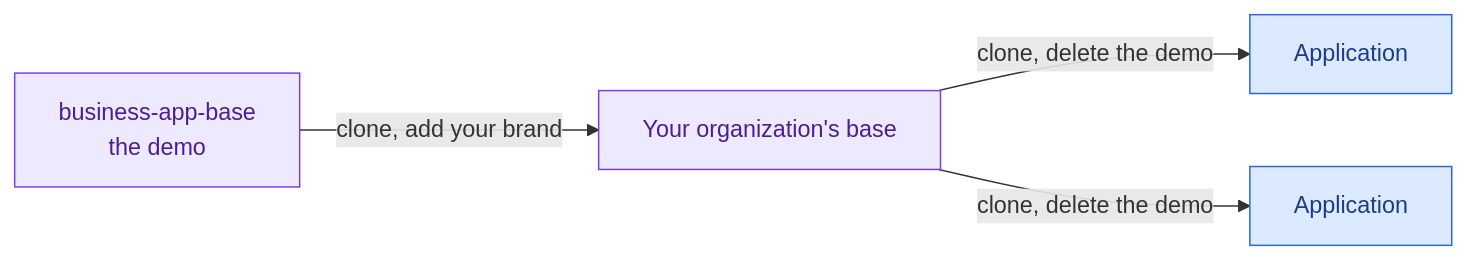
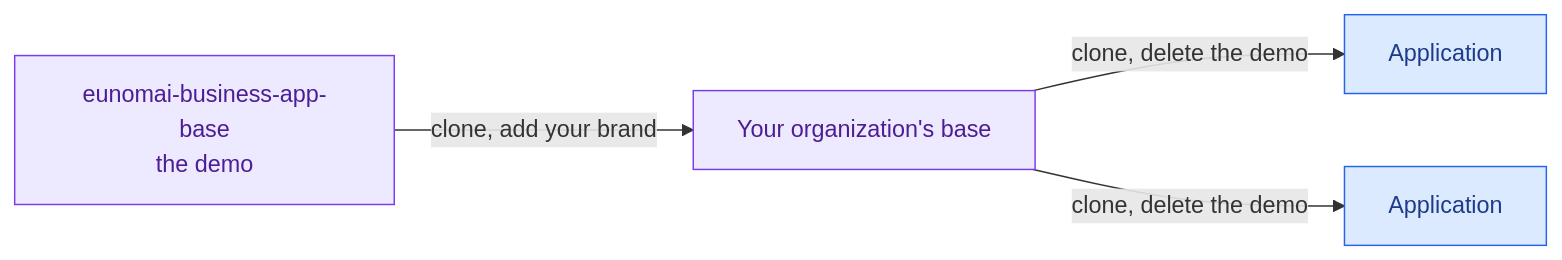
Before and after one commit to grojof/eunomai-business-app-base: the diagram in README.md, drawn with Mermaid. The commit also changed other lines of this file and 17 other files, not shown here.

Commit message:
Renamed eunomai-business-app-base: the application base of eunomai-business (#22)

````diff
--- a/README.md
+++ b/README.md
@@ -13,10 +13,10 @@
 ```mermaid
 flowchart LR
-    b[business-app-base<br/>the demo] -->|clone, add your brand| o[Your organization's base]
+    b[eunomai-business-app-base<br/>the demo] -->|clone, add your brand| o[Your organization's base]
     o -->|clone, delete the demo| a[Application]
     o -->|clone, delete the demo| c[Application]
     classDef data fill:#ede9fe,stroke:#7c3aed,color:#4c1d95
     classDef step fill:#dbeafe,stroke:#2563eb,color:#1e3a8a
     class b,o data
     class a,c step
 ```
````
